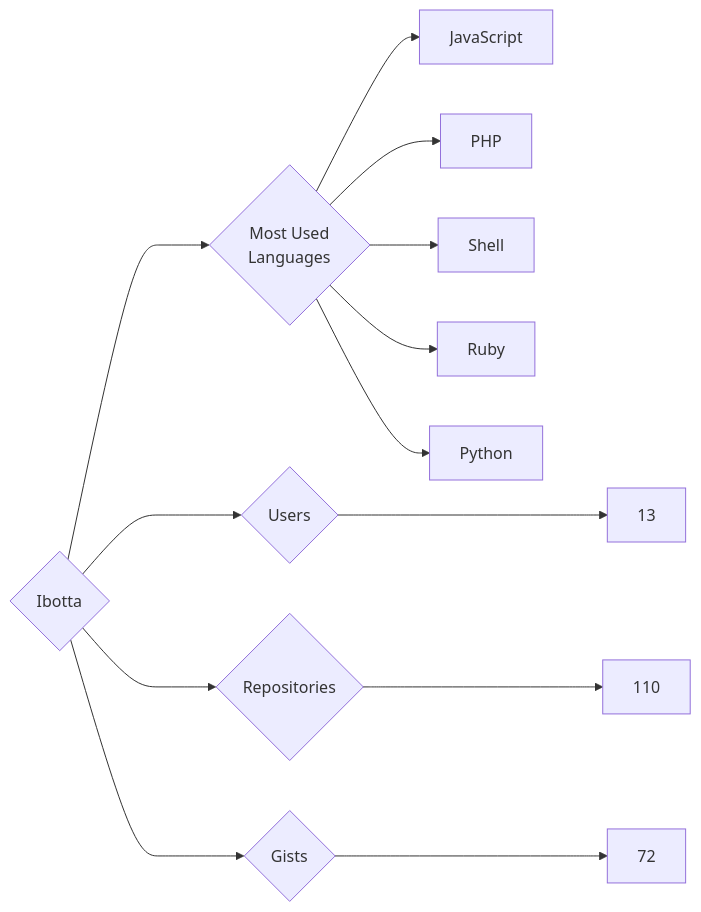
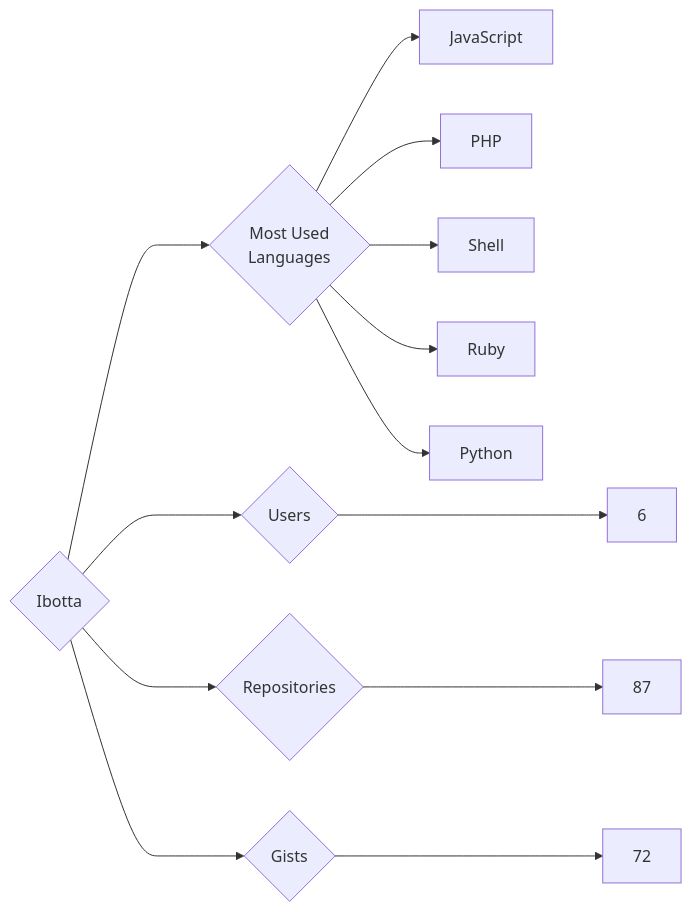
One commit to trickest/insiders changed the diagram in targets/Ibotta/README.md. Above: the diagram before and after it, drawn with Mermaid. The commit also changed 998 other files, not shown here.

````diff
--- a/targets/Ibotta/README.md
+++ b/targets/Ibotta/README.md
@@ -3,13 +3,13 @@
 ```mermaid
 graph LR
 COMPANY_NAME{Ibotta}
-COMPANY_NAME ---> U{Users} ---> UN[13]
-COMPANY_NAME ---> R{Repositories} ---> RN[110]
+COMPANY_NAME ---> U{Users} ---> UN[6]
+COMPANY_NAME ---> R{Repositories} ---> RN[87]
 COMPANY_NAME ---> G{Gists} ---> GN[72]
 COMPANY_NAME ---> ML{Most Used<br>Languages}
 ML --> JavaScript[JavaScript]
 ML --> PHP[PHP]
 ML --> Shell[Shell]
 ML --> Ruby[Ruby]
 ML --> Python[Python]
 ```
````
